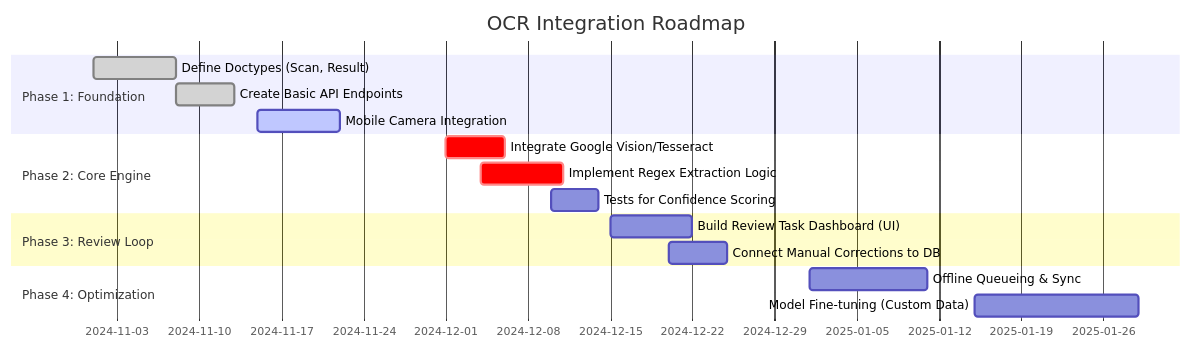
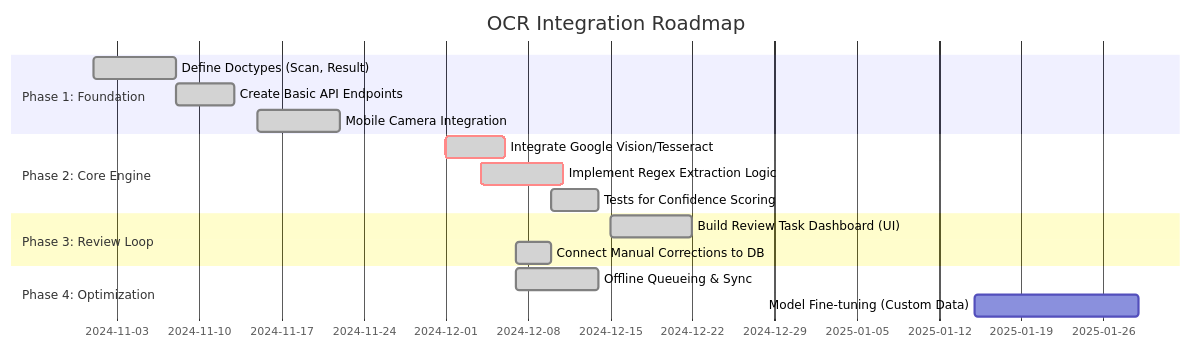
Before and after one commit to internetartsy/JK: the third of 3 diagrams in documentation/Architecture_Stack/OCR_ARCHITECTURE.md, drawn with Mermaid. The commit also changed other lines of this file and 12 other files, not shown here.

````diff
--- a/documentation/Architecture_Stack/OCR_ARCHITECTURE.md
+++ b/documentation/Architecture_Stack/OCR_ARCHITECTURE.md
@@ -158,22 +141,22 @@
 ```mermaid
 gantt
     title OCR Integration Roadmap
     dateFormat  YYYY-MM-DD
     section Phase 1: Foundation
     Define Doctypes (Scan, Result)       :done, p1, 2024-11-01, 7d
     Create Basic API Endpoints           :done, p2, 2024-11-08, 5d
-    Mobile Camera Integration            :active, p3, 2024-11-15, 7d
+    Mobile Camera Integration            :done, p3, 2024-11-15, 7d
 
     section Phase 2: Core Engine
-    Integrate Google Vision/Tesseract    :crit, p4, 2024-12-01, 5d
-    Implement Regex Extraction Logic     :crit, p5, 2024-12-04, 7d
-    Tests for Confidence Scoring         :p6, 2024-12-10, 4d
+    Integrate Google Vision/Tesseract    :done, crit, p4, 2024-12-01, 5d
+    Implement Regex Extraction Logic     :done, crit, p5, 2024-12-04, 7d
+    Tests for Confidence Scoring         :done, p6, 2024-12-10, 4d
 
     section Phase 3: Review Loop
-    Build Review Task Dashboard (UI)     :p7, 2024-12-15, 7d
-    Connect Manual Corrections to DB     :p8, 2024-12-20, 5d
+    Build Review Task Dashboard (UI)     :done, p7, 2024-12-15, 7d
+    Connect Manual Corrections to DB     :done, p8, 2024-12-07, 3d
 
     section Phase 4: Optimization
-    Offline Queueing & Sync              :p9, 2025-01-01, 10d
+    Offline Queueing & Sync              :done, p9, 2024-12-07, 7d
     Model Fine-tuning (Custom Data)      :p10, 2025-01-15, 14d
 ```
````
